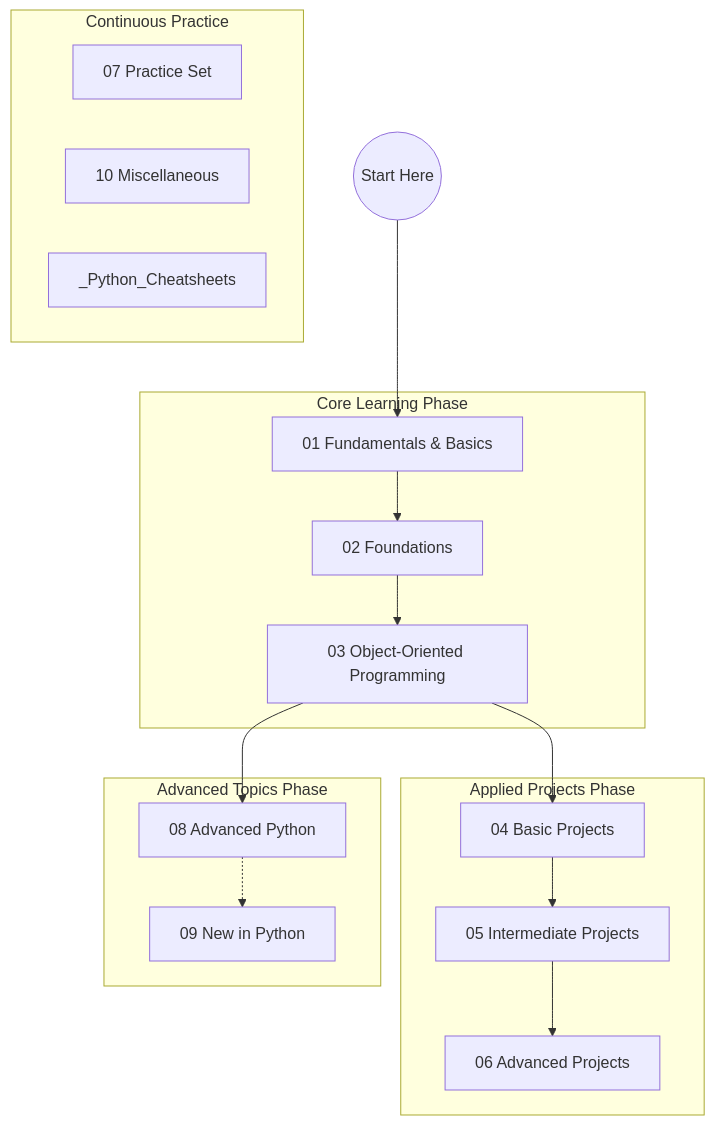
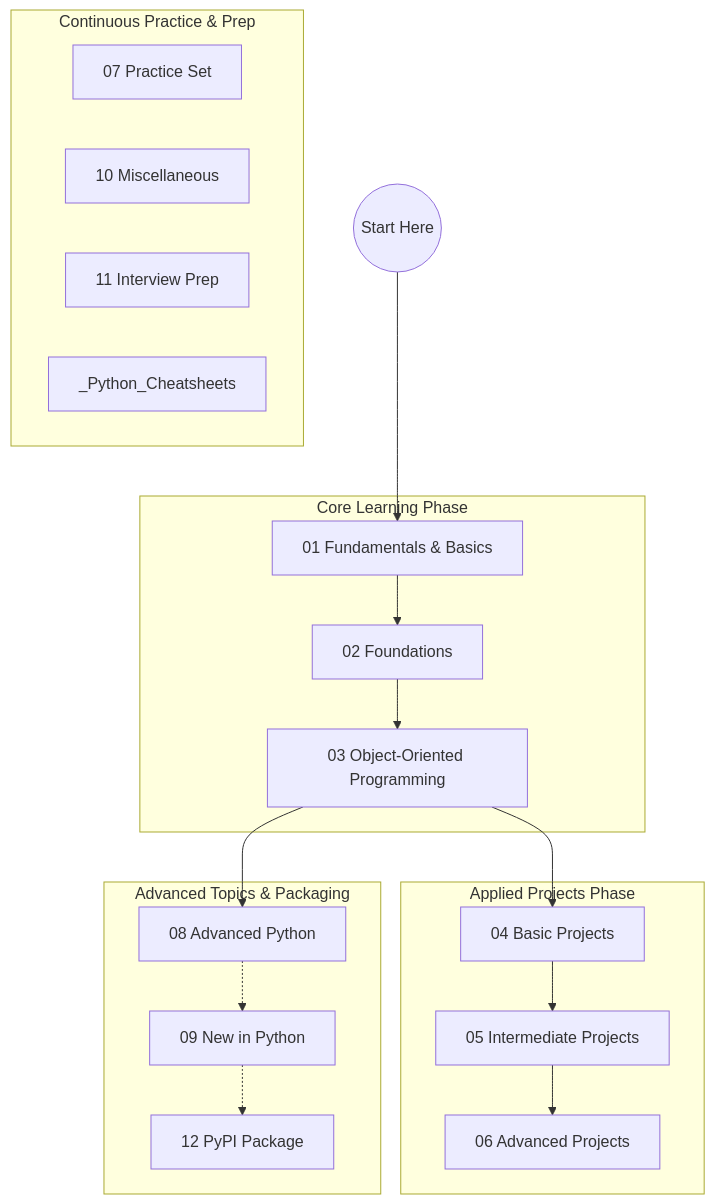
Before and after one commit to mohd-faizy/learn_python: the diagram in README.md, drawn with Mermaid. The commit also changed other lines of this file and 3 other files, not shown here.

````diff
--- a/README.md
+++ b/README.md
@@ -73,33 +80,36 @@
 ```mermaid
 flowchart TD
     Start((Start Here)) --> L1
     
     subgraph Core_Learning [Core Learning Phase]
         L1[01 Fundamentals & Basics] --> L2[02 Foundations]
         L2 --> L3[03 Object-Oriented Programming]
     end
     
     subgraph Applied_Projects [Applied Projects Phase]
         L4[04 Basic Projects]
         L5[05 Intermediate Projects]
         L6[06 Advanced Projects]
     end
     
-    subgraph Advanced_Topics [Advanced Topics Phase]
+    subgraph Advanced_Topics [Advanced Topics & Packaging]
         L7[08 Advanced Python]
         L8[09 New in Python]
+        L9[12 PyPI Package]
     end
     
-    subgraph Continuous_Practice [Continuous Practice]
+    subgraph Continuous_Practice [Continuous Practice & Prep]
         P1[07 Practice Set]
         P2[10 Miscellaneous]
-        P3[_Python_Cheatsheets]
+        P3[11 Interview Prep]
+        P4[_Python_Cheatsheets]
     end
 
     L3 --> L4
     L4 --> L5
     L5 --> L6
     
     L3 --> L7
     L7 -.-> L8
+    L8 -.-> L9
 ```
````
